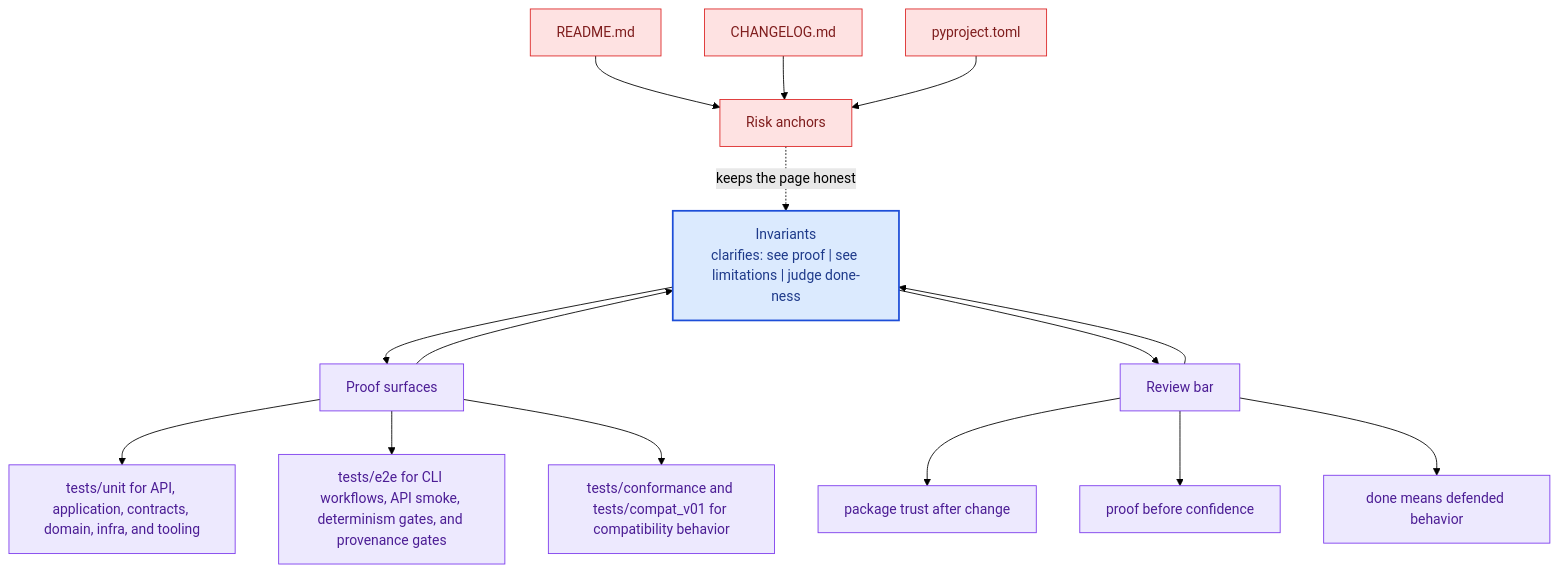
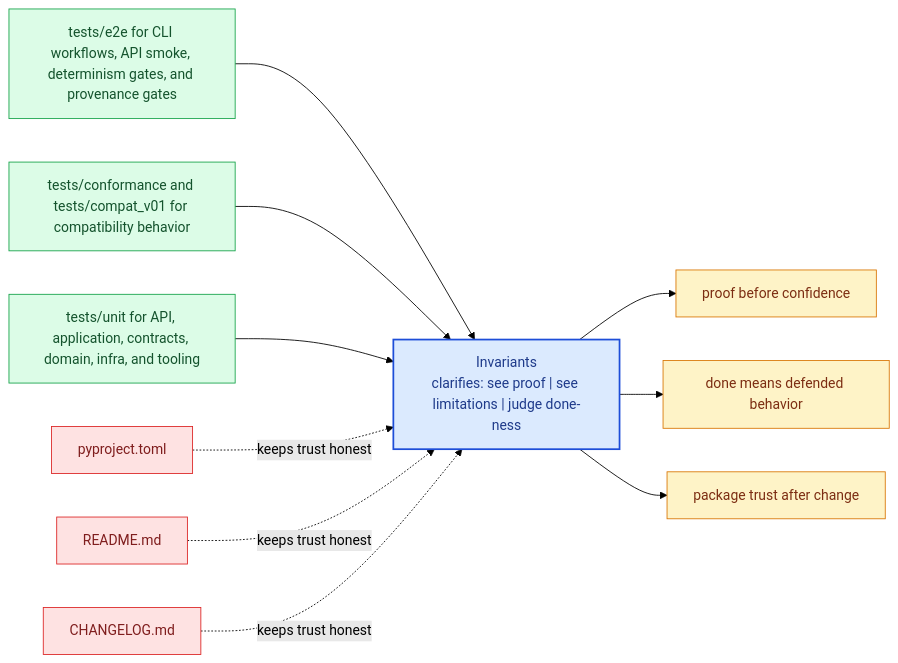
The diagram in docs/bijux-canon-index/quality/invariants.md (bijux/bijux-canon), drawn with Mermaid (forest theme) before and after one commit. The commit also changed other lines of this file and 281 other files, not shown here.

Commit message:
docs(diagrams): replace repeated mermaid scaffolds with page-specific summaries

````diff
--- a/docs/bijux-canon-index/quality/invariants.md
+++ b/docs/bijux-canon-index/quality/invariants.md
@@ -67,41 +22,31 @@
 ```mermaid
-flowchart TB
-    promise["Invariants<br/>clarifies: see proof | see limitations | judge done-ness"]
-    classDef promise fill:#dbeafe,stroke:#1d4ed8,color:#1e3a8a,stroke-width:2px;
-    classDef driver fill:#dcfce7,stroke:#16a34a,color:#14532d;
-    classDef constraint fill:#fee2e2,stroke:#dc2626,color:#7f1d1d;
-    classDef ground fill:#ede9fe,stroke:#7c3aed,color:#4c1d95;
-    focus1["Proof surfaces"]
-    focus1 --> promise
-    promise --> focus1
-    focus1_1["tests/unit for API, application, contracts, domain, infra, and tooling"]
-    focus1 --> focus1_1
-    focus1_2["tests/e2e for CLI workflows, API smoke, determinism gates, and provenance gates"]
-    focus1 --> focus1_2
-    focus1_3["tests/conformance and tests/compat_v01 for compatibility behavior"]
-    focus1 --> focus1_3
-    class focus1 ground;
-    class focus1_1,focus1_2,focus1_3 ground;
-    focus2["Risk anchors"]
-    focus2 -.keeps the page honest.-> promise
-    focus2_1["README.md"]
-    focus2_1 --> focus2
-    focus2_2["CHANGELOG.md"]
-    focus2_2 --> focus2
-    focus2_3["pyproject.toml"]
-    focus2_3 --> focus2
-    class focus2 constraint;
-    class focus2_1,focus2_2,focus2_3 constraint;
-    focus3["Review bar"]
-    focus3 --> promise
-    promise --> focus3
-    focus3_1["package trust after change"]
-    focus3 --> focus3_1
-    focus3_2["proof before confidence"]
-    focus3 --> focus3_2
-    focus3_3["done means defended behavior"]
-    focus3 --> focus3_3
-    class focus3 ground;
-    class focus3_1,focus3_2,focus3_3 ground;
-    class promise promise;
+flowchart LR
+    page["Invariants<br/>clarifies: see proof | see limitations | judge done-ness"]
+    classDef page fill:#dbeafe,stroke:#1d4ed8,color:#1e3a8a,stroke-width:2px;
+    classDef positive fill:#dcfce7,stroke:#16a34a,color:#14532d;
+    classDef caution fill:#fee2e2,stroke:#dc2626,color:#7f1d1d;
+    classDef anchor fill:#ede9fe,stroke:#7c3aed,color:#4c1d95;
+    classDef action fill:#fef3c7,stroke:#d97706,color:#7c2d12;
+    proof1["tests/e2e for CLI workflows, API smoke, determinism gates, and provenance gates"]
+    proof1 --> page
+    proof2["tests/conformance and tests/compat_v01 for compatibility behavior"]
+    proof2 --> page
+    proof3["tests/unit for API, application, contracts, domain, infra, and tooling"]
+    proof3 --> page
+    risk1["pyproject.toml"]
+    risk1 -.keeps trust honest.-> page
+    risk2["README.md"]
+    risk2 -.keeps trust honest.-> page
+    risk3["CHANGELOG.md"]
+    risk3 -.keeps trust honest.-> page
+    bar1["proof before confidence"]
+    page --> bar1
+    bar2["done means defended behavior"]
+    page --> bar2
+    bar3["package trust after change"]
+    page --> bar3
+    class page page;
+    class proof1,proof2,proof3 positive;
+    class risk1,risk2,risk3 caution;
+    class bar1,bar2,bar3 action;
 ```
````
